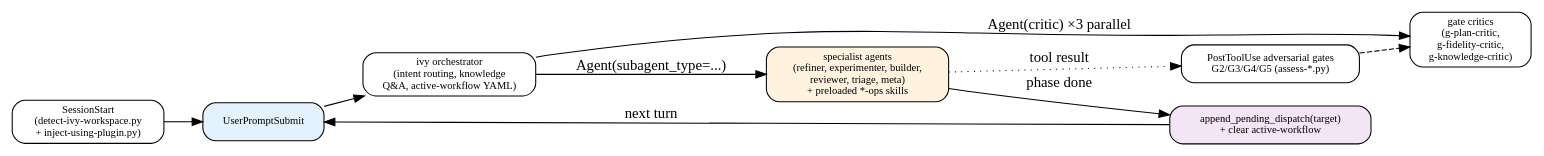
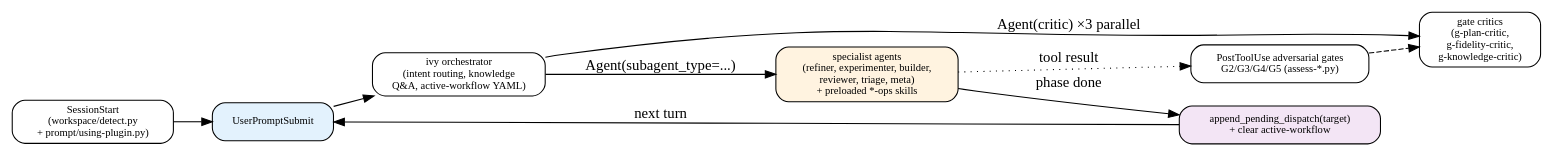
Before and after one commit to ElNiak/panther-ivy-plugin: the diagram in plugins/panther-ivy-plugin/skills/README.md, drawn with Graphviz. The commit also changed 126 other files, not shown here.

````diff
--- a/plugins/panther-ivy-plugin/skills/README.md
+++ b/plugins/panther-ivy-plugin/skills/README.md
@@ -17,25 +17,25 @@
 ```dot
 digraph plugin_runtime {
   rankdir=LR;
   node [shape=box, style=rounded, fontsize=10];
 
-  start    [label="SessionStart\n(detect-ivy-workspace.py\n+ inject-using-plugin.py)"];
+  start    [label="SessionStart\n(workspace/detect.py\n+ prompt/using-plugin.py)"];
   prompt   [label="UserPromptSubmit", style="rounded,filled", fillcolor="#e3f2fd"];
   ivy      [label="ivy orchestrator\n(intent routing, knowledge\nQ&A, active-workflow YAML)"];
   agents   [label="specialist agents\n(refiner, experimenter, builder,\nreviewer, triage, meta)\n+ preloaded *-ops skills",
             style="rounded,filled", fillcolor="#fff3e0"];
   critics  [label="gate critics\n(g-plan-critic,\ng-fidelity-critic,\ng-knowledge-critic)"];
   hooks    [label="PostToolUse adversarial gates\nG2/G3/G4/G5 (assess-*.py)"];
   handoff  [label="append_pending_dispatch(target)\n+ clear active-workflow",
             style="rounded,filled", fillcolor="#f3e5f5"];
 
   start    -> prompt;
   prompt   -> ivy;
   ivy      -> agents  [label="Agent(subagent_type=...)"];
   ivy      -> critics [label="Agent(critic) ×3 parallel"];
   agents   -> hooks   [style=dotted, label="tool result"];
   hooks    -> critics [style=dashed];
   agents   -> handoff [label="phase done"];
   handoff  -> prompt  [label="next turn"];
 }
 ```
````
